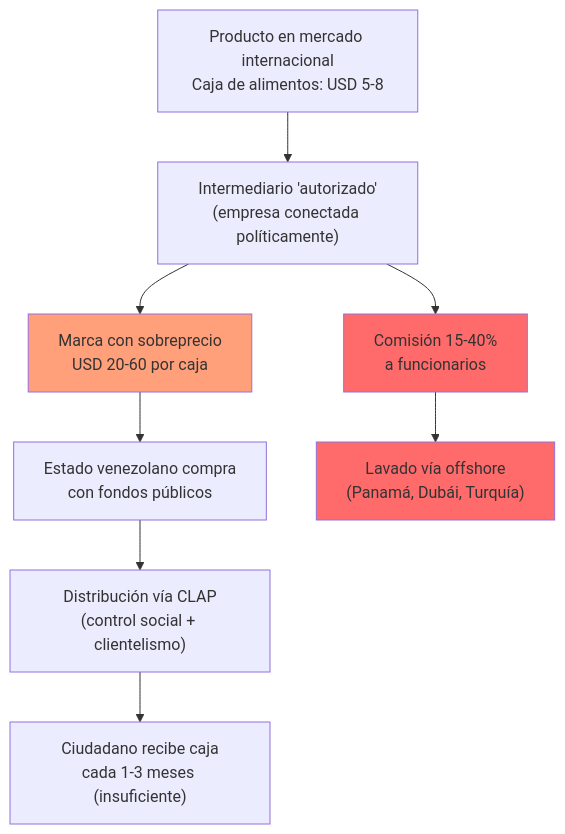
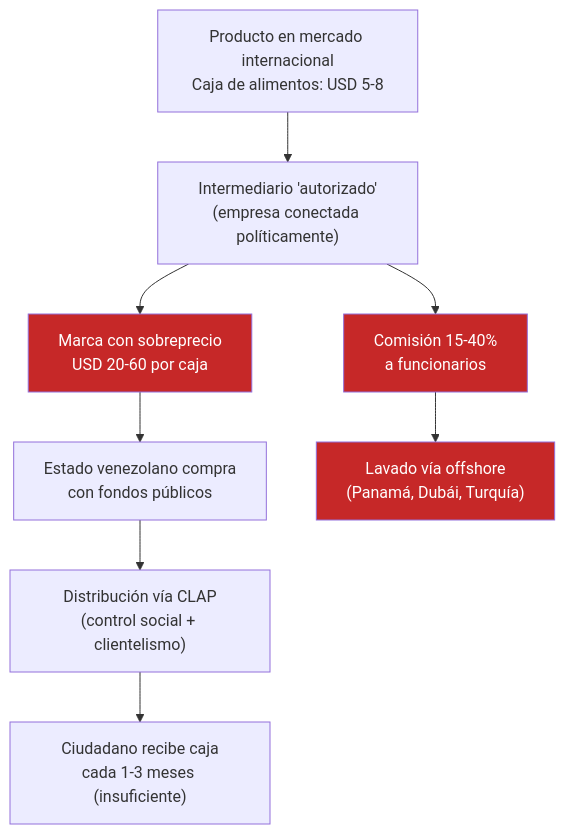
The first of 4 diagrams in docs/04-gobernanza/blindaje-integridad.md (Venezuela-S-A/venezuela-sa), drawn with Mermaid before and after one commit. The commit also changed other lines of this file and 127 other files, not shown here.

````diff
--- a/docs/04-gobernanza/blindaje-integridad.md
+++ b/docs/04-gobernanza/blindaje-integridad.md
@@ -41,15 +41,15 @@
 ```mermaid
 flowchart TD
     A["Producto en mercado internacional<br/>Caja de alimentos: USD 5-8"] --> B["Intermediario 'autorizado'<br/>(empresa conectada políticamente)"]
     B --> C["Marca con sobreprecio<br/>USD 20-60 por caja"]
     C --> D["Estado venezolano compra<br/>con fondos públicos"]
     D --> E["Distribución vía CLAP<br/>(control social + clientelismo)"]
     E --> F["Ciudadano recibe caja<br/>cada 1-3 meses (insuficiente)"]
 
     B --> G["Comisión 15-40%<br/>a funcionarios"]
     G --> H["Lavado vía offshore<br/>(Panamá, Dubái, Turquía)"]
 
-    style G fill:#ff6b6b
-    style H fill:#ff6b6b
-    style C fill:#ffa07a
+    style G fill:#C62828,color:#fff
+    style H fill:#C62828,color:#fff
+    style C fill:#C62828,color:#fff
 ```
````
